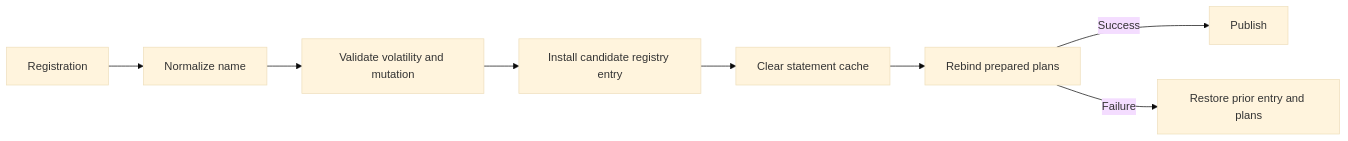
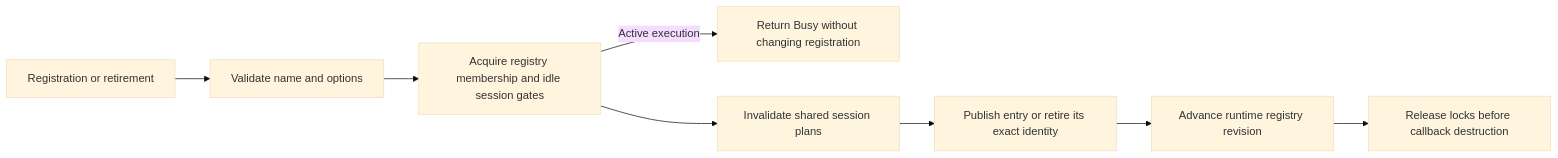
The diagram in docs/manual/internals/08-extension-points.md (cognica-io/uqa-engine), drawn with Mermaid (base theme) before and after one commit. The commit also changed other lines of this file and 1481 other files, not shown here.

````diff
--- a/docs/manual/internals/08-extension-points.md
+++ b/docs/manual/internals/08-extension-points.md
@@ -18,10 +28,10 @@
 ```mermaid
 flowchart LR
-    A[Registration] --> B[Normalize name]
-    B --> C[Validate volatility and mutation]
-    C --> D[Install candidate registry entry]
-    D --> E[Clear statement cache]
-    E --> F[Rebind prepared plans]
-    F -->|Success| G[Publish]
-    F -->|Failure| H[Restore prior entry and plans]
+    A[Registration or retirement] --> B[Validate name and options]
+    B --> C[Acquire registry membership and idle session gates]
+    C -->|Active execution| D[Return Busy without changing registration]
+    C --> E[Invalidate shared session plans]
+    E --> F[Publish entry or retire its exact identity]
+    F --> G[Advance runtime registry revision]
+    G --> H[Release locks before callback destruction]
 ```
````
